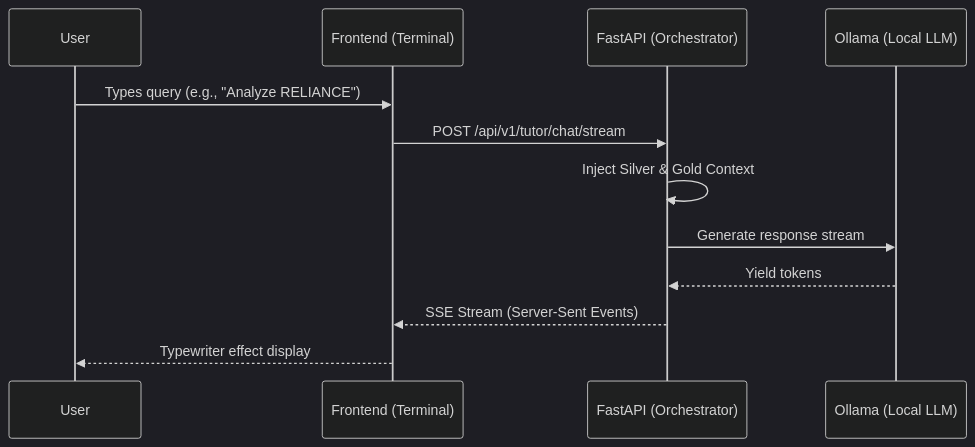
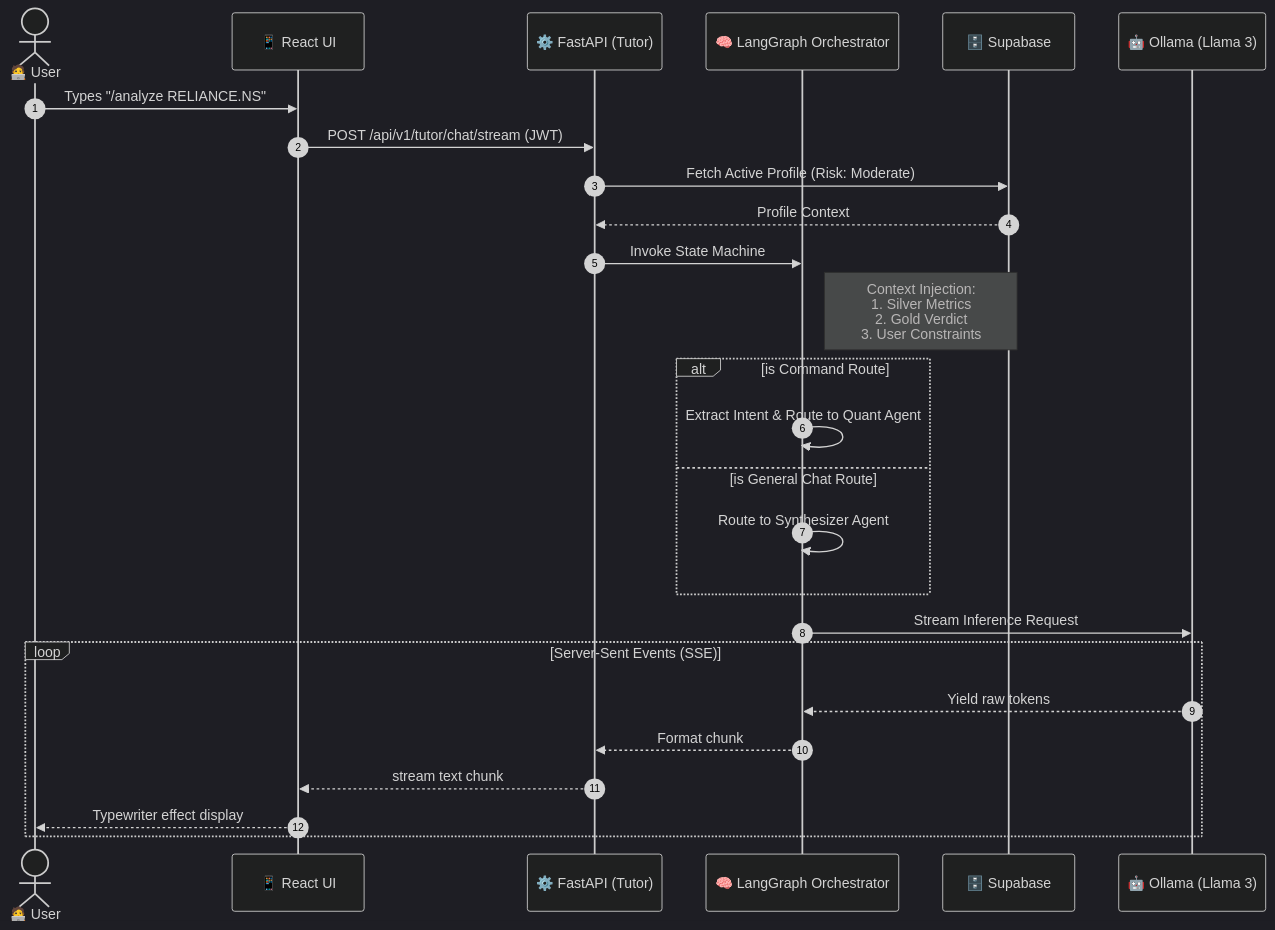
One commit to gh0gale/INVR changed the second of 4 diagrams in README.md. Above: the diagram before and after it, drawn with Mermaid (dark theme). The commit also changed other lines of this file, not shown here.

First line of the commit message:
Revise architecture diagrams and UI descriptions

````diff
--- a/README.md
+++ b/README.md
@@ -34,15 +54,33 @@
 ```mermaid
 sequenceDiagram
-    participant U as User
-    participant F as Frontend (Terminal)
-    participant B as FastAPI (Orchestrator)
-    participant L as Ollama (Local LLM)
+    autonumber
+    actor U as 🧑‍💻 User
+    participant UI as 📱 React UI
+    participant API as ⚙️ FastAPI (Tutor)
+    participant LG as 🧠 LangGraph Orchestrator
+    participant DB as 🗄️ Supabase
+    participant LLM as 🤖 Ollama (Llama 3)
     
-    U->>F: Types query (e.g., "Analyze RELIANCE")
-    F->>B: POST /api/v1/tutor/chat/stream
-    B->>B: Inject Silver & Gold Context
-    B->>L: Generate response stream
-    L-->>B: Yield tokens
-    B-->>F: SSE Stream (Server-Sent Events)
-    F-->>U: Typewriter effect display
+    U->>UI: Types "/analyze RELIANCE.NS"
+    UI->>API: POST /api/v1/tutor/chat/stream (JWT)
+    API->>DB: Fetch Active Profile (Risk: Moderate)
+    DB-->>API: Profile Context
+    
+    API->>LG: Invoke State Machine
+    note right of LG: Context Injection:<br/>1. Silver Metrics<br/>2. Gold Verdict<br/>3. User Constraints
+    
+    alt is Command Route
+        LG->>LG: Extract Intent & Route to Quant Agent
+    else is General Chat Route
+        LG->>LG: Route to Synthesizer Agent
+    end
+    
+    LG->>LLM: Stream Inference Request
+    
+    loop Server-Sent Events (SSE)
+        LLM-->>LG: Yield raw tokens
+        LG-->>API: Format chunk
+        API-->>UI: stream text chunk
+        UI-->>U: Typewriter effect display
+    end
 ```
````
